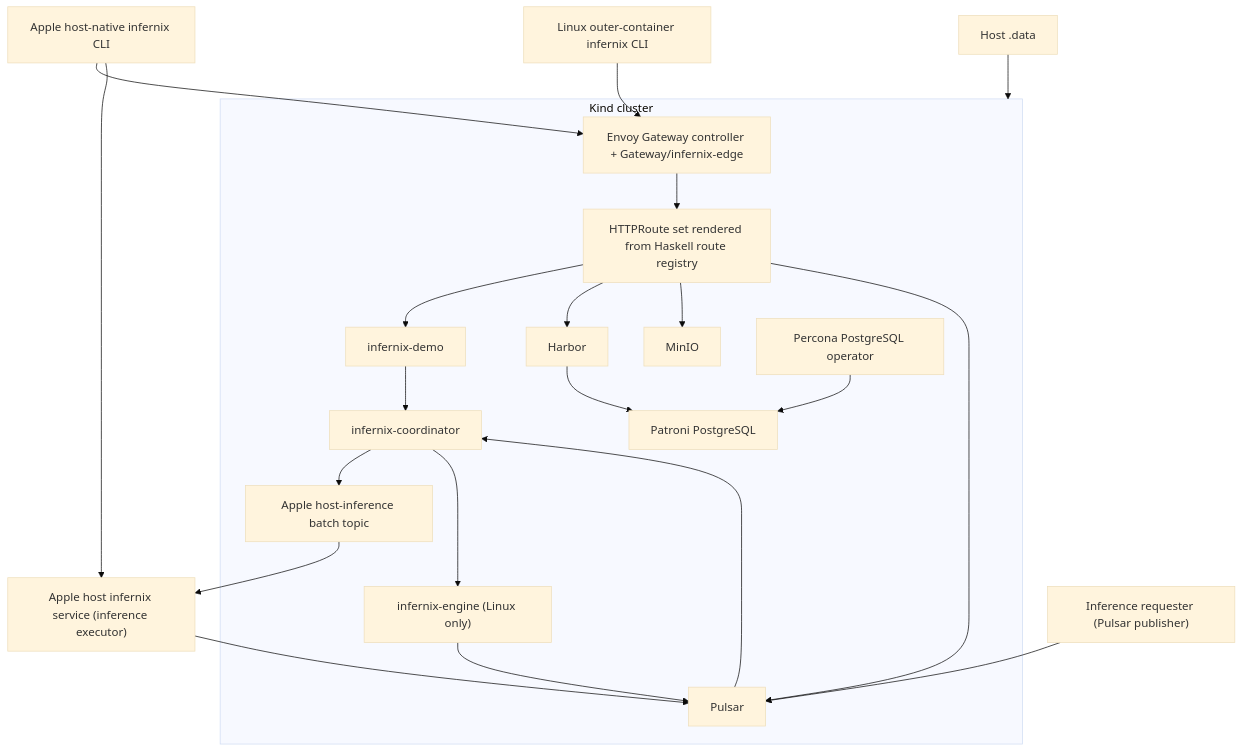
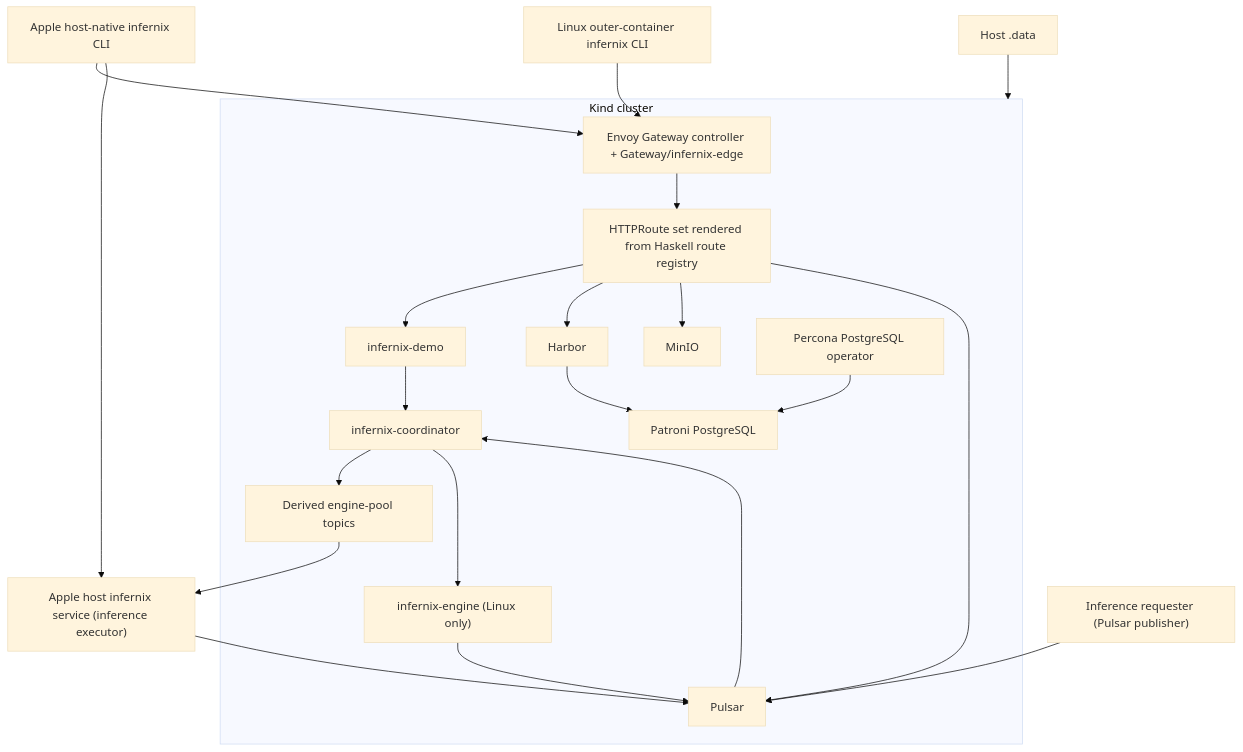
Before and after one commit to Tuee22/infernix: the diagram in DEVELOPMENT_PLAN/00-overview.md, drawn with Mermaid (base theme). The commit also changed other lines of this file and 48 other files, not shown here.

````diff
--- a/DEVELOPMENT_PLAN/00-overview.md
+++ b/DEVELOPMENT_PLAN/00-overview.md
@@ -286,42 +280,42 @@
 ```mermaid
 flowchart TB
     appleCli["Apple host-native infernix CLI"]
     appleHostDaemon["Apple host infernix service (inference executor)"]
     linuxCli["Linux outer-container infernix CLI"]
     data["Host .data"]
     requester["Inference requester (Pulsar publisher)"]
 
     subgraph kind["Kind cluster"]
         gateway["Envoy Gateway controller + Gateway/infernix-edge"]
         routes["HTTPRoute set rendered from Haskell route registry"]
         demo["infernix-demo"]
         coordinator["infernix-coordinator"]
         engine["infernix-engine (Linux only)"]
-        appleBatchTopic["Apple host-inference batch topic"]
+        enginePoolTopics["Derived engine-pool topics"]
         harbor["Harbor"]
         minio["MinIO"]
         pgop["Percona PostgreSQL operator"]
         postgres["Patroni PostgreSQL"]
         pulsar["Pulsar"]
     end
 
     appleCli --> gateway
     appleCli --> appleHostDaemon
     linuxCli --> gateway
     requester --> pulsar
     gateway --> routes
     routes --> demo
     routes --> harbor
     routes --> minio
     routes --> pulsar
     demo --> coordinator
     pulsar --> coordinator
-    coordinator --> appleBatchTopic
-    appleBatchTopic --> appleHostDaemon
+    coordinator --> enginePoolTopics
+    enginePoolTopics --> appleHostDaemon
     appleHostDaemon --> pulsar
     coordinator --> engine
     engine --> pulsar
     harbor --> postgres
     pgop --> postgres
     data --> kind
 ```
````
